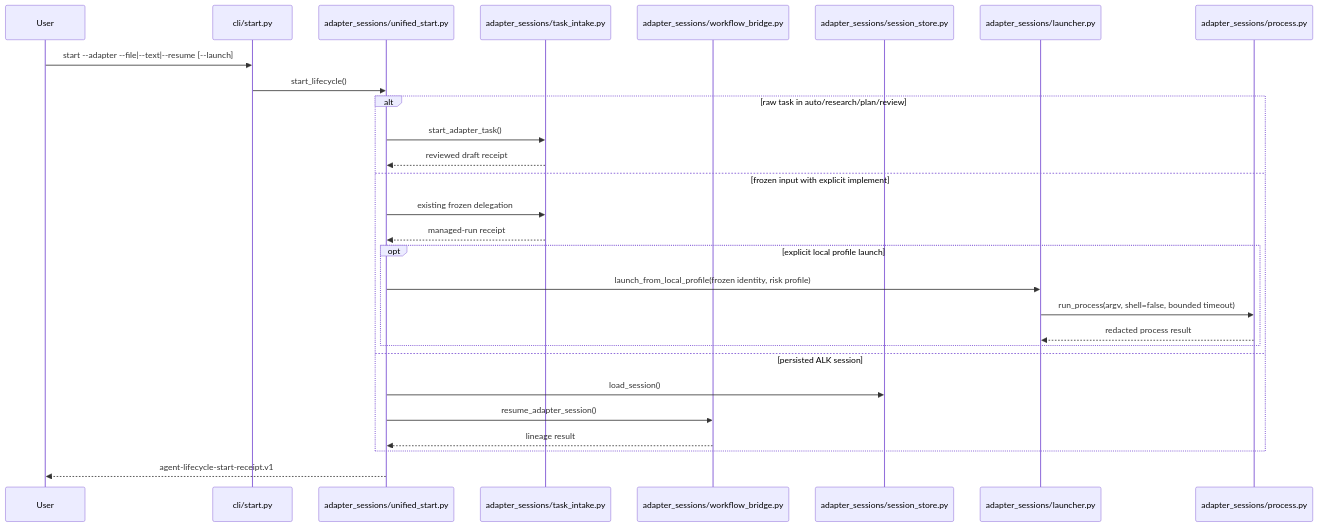
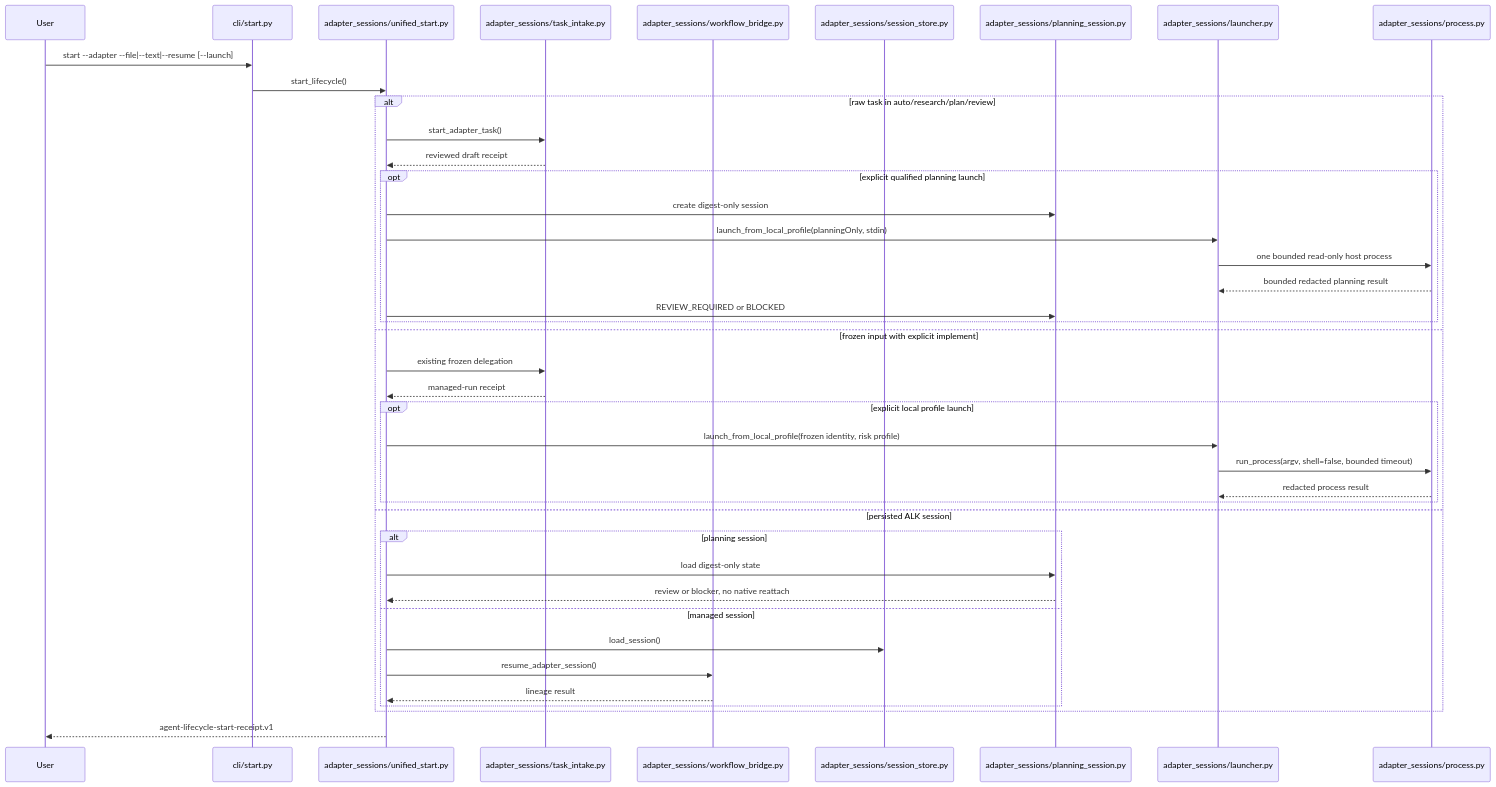
One commit to avksp/agent-lifecycle-kit changed the sixth of 14 diagrams in docs/architecture/system-architecture.md. Above: the diagram before and after it, drawn with Mermaid. The commit also changed other lines of this file and 86 other files, not shown here.

Commit message:
feat(adapter): add planning-only lifecycle launch

````diff
--- a/docs/architecture/system-architecture.md
+++ b/docs/architecture/system-architecture.md
@@ -262,31 +262,44 @@
 ```mermaid
 sequenceDiagram
   participant User
   participant StartCLI as cli/start.py
   participant Start as adapter_sessions/unified_start.py
   participant Intake as adapter_sessions/task_intake.py
   participant Resume as adapter_sessions/workflow_bridge.py
   participant Store as adapter_sessions/session_store.py
+  participant PlanningStore as adapter_sessions/planning_session.py
   participant LocalLaunch as adapter_sessions/launcher.py
   participant Process as adapter_sessions/process.py
 
   User->>StartCLI: start --adapter --file|--text|--resume [--launch]
   StartCLI->>Start: start_lifecycle()
   alt raw task in auto/research/plan/review
     Start->>Intake: start_adapter_task()
     Intake-->>Start: reviewed draft receipt
+    opt explicit qualified planning launch
+      Start->>PlanningStore: create digest-only session
+      Start->>LocalLaunch: launch_from_local_profile(planningOnly, stdin)
+      LocalLaunch->>Process: one bounded read-only host process
+      Process-->>LocalLaunch: bounded redacted planning result
+      Start->>PlanningStore: REVIEW_REQUIRED or BLOCKED
+    end
   else frozen input with explicit implement
     Start->>Intake: existing frozen delegation
     Intake-->>Start: managed-run receipt
     opt explicit local profile launch
       Start->>LocalLaunch: launch_from_local_profile(frozen identity, risk profile)
       LocalLaunch->>Process: run_process(argv, shell=false, bounded timeout)
       Process-->>LocalLaunch: redacted process result
     end
   else persisted ALK session
-    Start->>Store: load_session()
-    Start->>Resume: resume_adapter_session()
-    Resume-->>Start: lineage result
+    alt planning session
+      Start->>PlanningStore: load digest-only state
+      PlanningStore-->>Start: review or blocker, no native reattach
+    else managed session
+      Start->>Store: load_session()
+      Start->>Resume: resume_adapter_session()
+      Resume-->>Start: lineage result
+    end
   end
   Start-->>User: agent-lifecycle-start-receipt.v1
 ```
````
